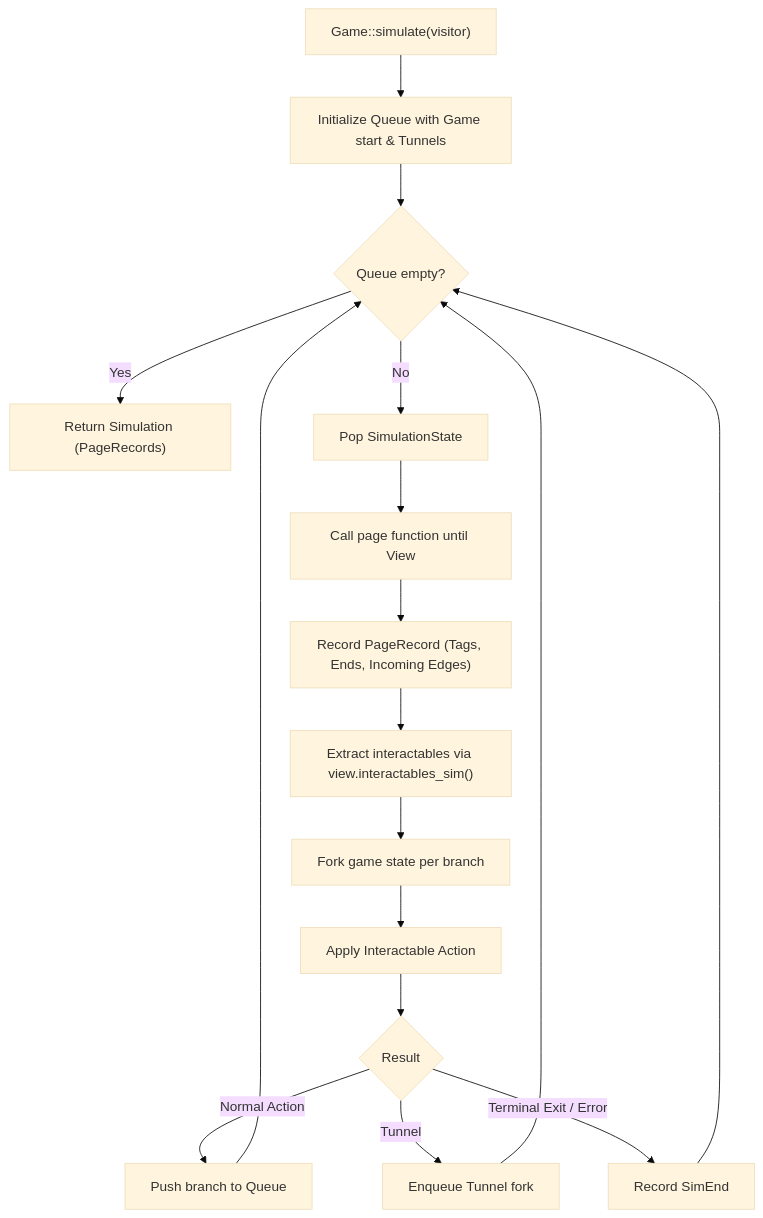
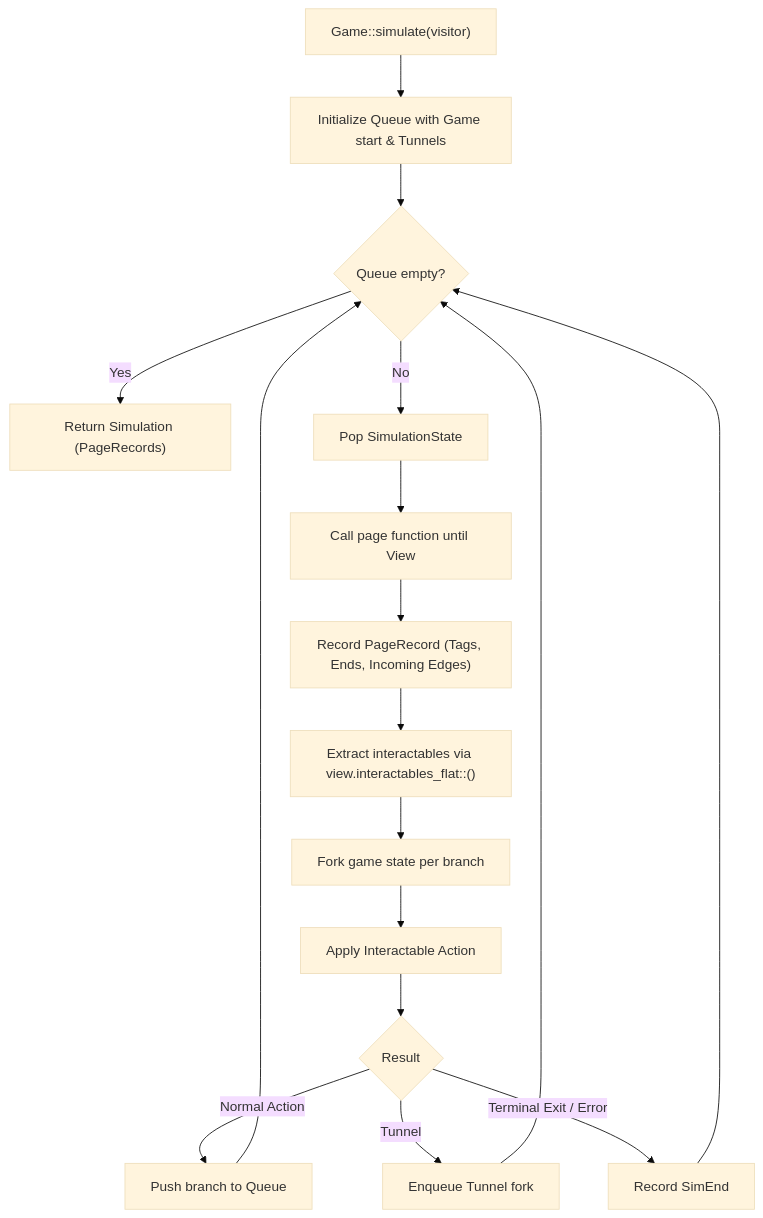
The fourth of 4 diagrams in ARCHITECTURE.md (Squirreljetpack/ifengine), drawn with Mermaid (base theme) before and after one commit. The commit also changed 32 other files, not shown here.

````diff
--- a/ARCHITECTURE.md
+++ b/ARCHITECTURE.md
@@ -242,19 +242,19 @@
 ```mermaid
 flowchart TD
     Start["Game::simulate(visitor)"] --> QueueInit["Initialize Queue with Game start & Tunnels"]
     QueueInit --> NextState{"Queue empty?"}
     NextState -- Yes --> Finish["Return Simulation (PageRecords)"]
     NextState -- No --> Pop["Pop SimulationState"]
     Pop --> Exec["Call page function until View"]
     Exec --> Record["Record PageRecord (Tags, Ends, Incoming Edges)"]
-    Record --> Filter["Extract interactables via view.interactables_sim()"]
+    Record --> Filter["Extract interactables via view.interactables_flat::<true>()"]
     Filter --> Fork["Fork game state per branch"]
     Fork --> ApplyAction["Apply Interactable Action"]
     ApplyAction --> Classify{"Result"}
     Classify -- Normal Action --> PushQueue["Push branch to Queue"]
     Classify -- Tunnel --> EnqueueTun["Enqueue Tunnel fork"]
     Classify -- Terminal Exit / Error --> LogEnd["Record SimEnd"]
     PushQueue --> NextState
     EnqueueTun --> NextState
     LogEnd --> NextState
 ```
````
